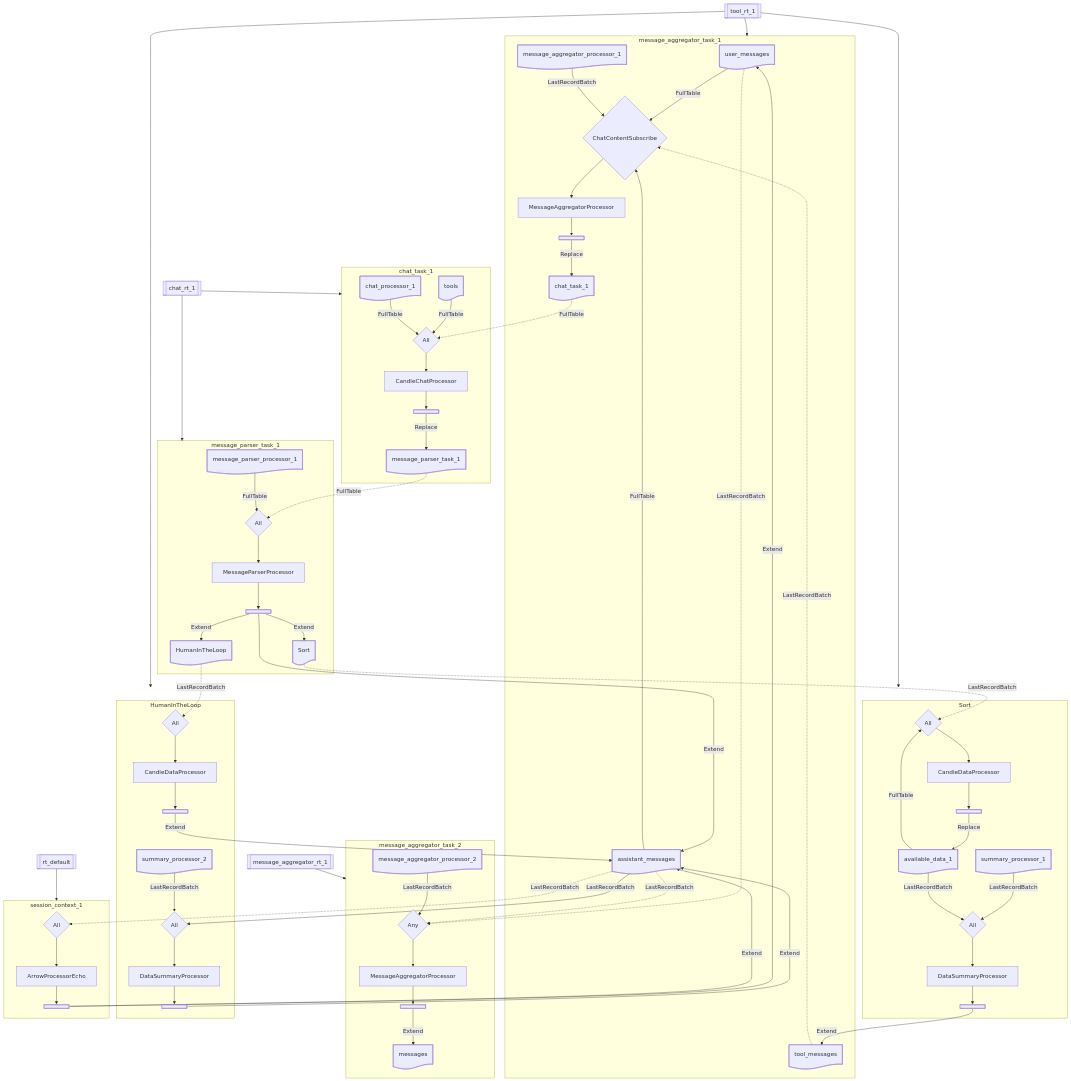
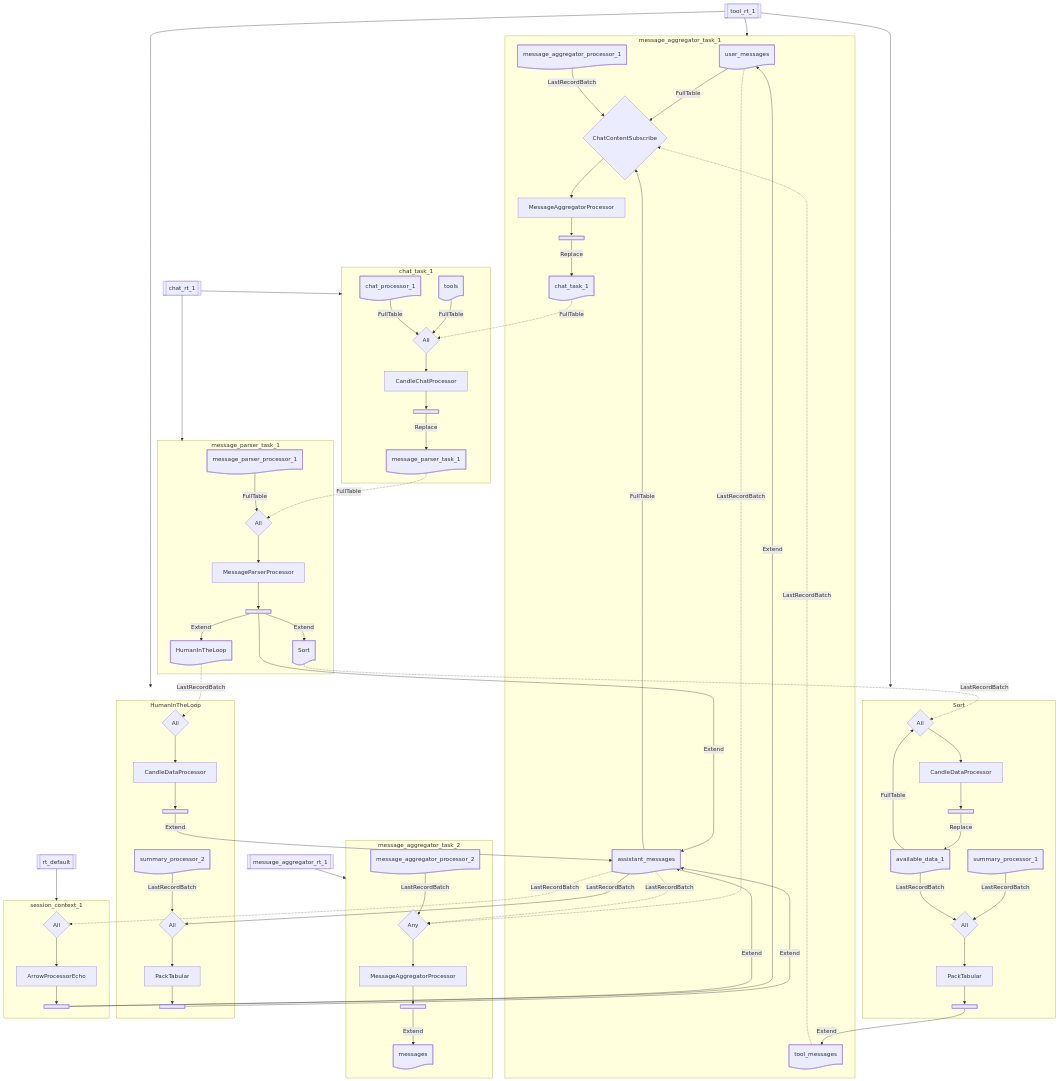
Before and after one commit to biom8er/phymes: the second of 2 diagrams in phymes-book/src/phymes-agents/tool_agent.md, drawn with Mermaid. The commit also changed 131 other files, not shown here.

```diff
--- a/phymes-book/src/phymes-agents/tool_agent.md
+++ b/phymes-book/src/phymes-agents/tool_agent.md
@@ -99,8 +99,8 @@
 	message_parser_processor_1-processor@{shape: rect, label: MessageParserProcessor}
 	Sort-processor@{shape: rect, label: CandleDataProcessor}
 	HumanInTheLoop-processor@{shape: rect, label: CandleDataProcessor}
-	summary_processor_1-processor@{shape: rect, label: DataSummaryProcessor}
-	summary_processor_2-processor@{shape: rect, label: DataSummaryProcessor}
+	summary_processor_1-processor@{shape: rect, label: PackTabular}
+	summary_processor_2-processor@{shape: rect, label: PackTabular}
 	session_context_1-processor@{shape: rect, label: ArrowProcessorEcho}
 	chat_rt_1-rt@{shape: subproc, label: chat_rt_1}
 	message_aggregator_rt_1-rt@{shape: subproc, label: message_aggregator_rt_1}
```
